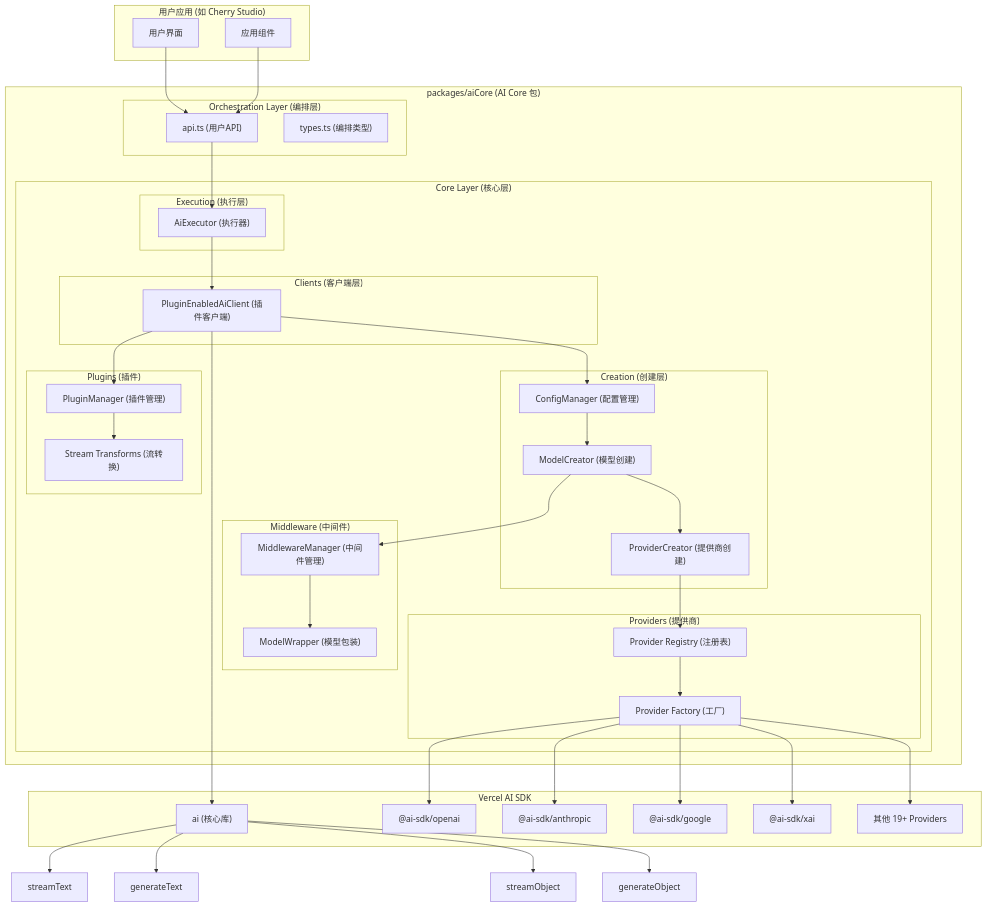
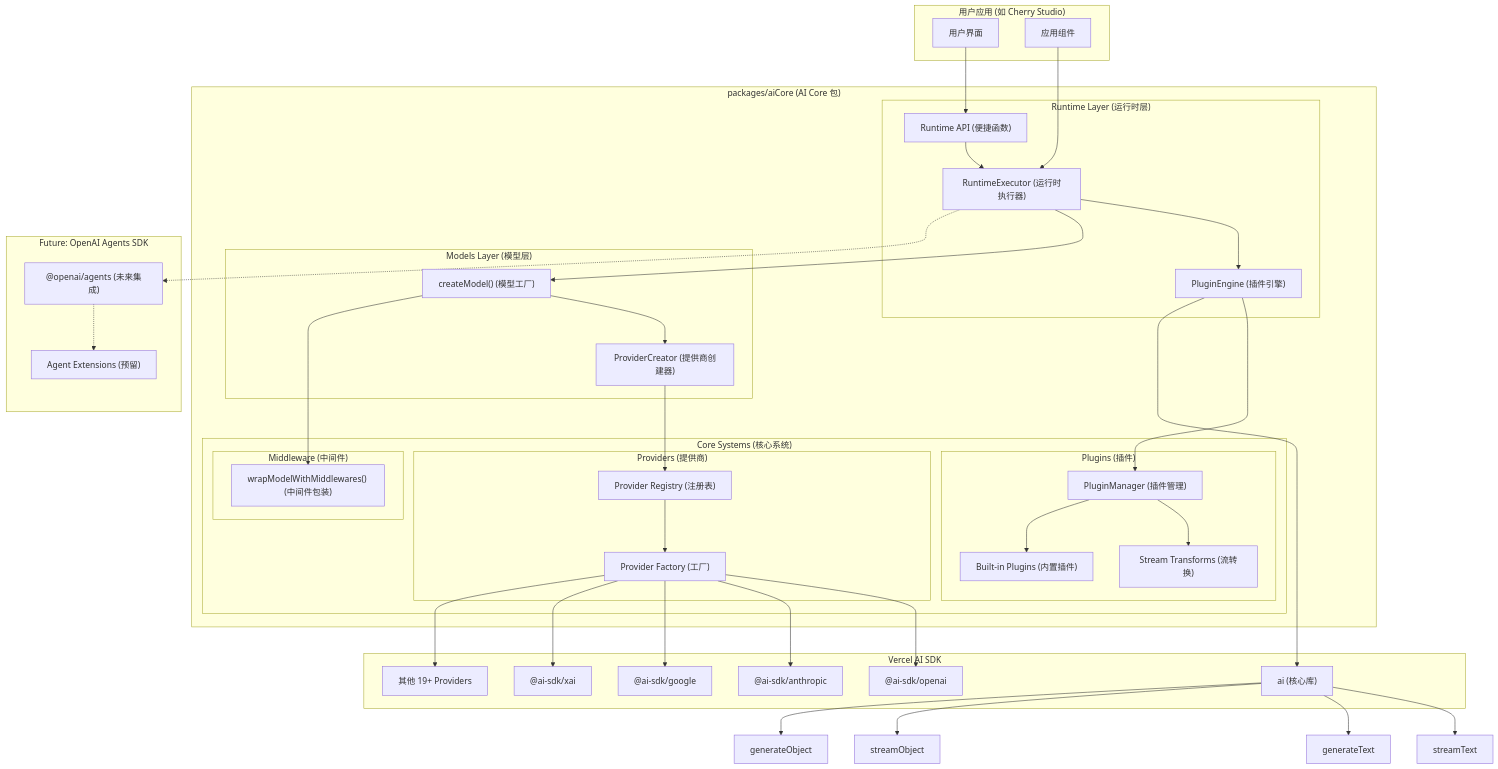
One commit to visiontrail/Raven changed the diagram in packages/aiCore/AI_SDK_ARCHITECTURE.md. Above: the diagram before and after it, drawn with Mermaid. The commit also changed other lines of this file and 30 other files, not shown here.

First line of the commit message:
refactor: simplify AI Core architecture and enhance runtime execution

````diff
--- a/packages/aiCore/AI_SDK_ARCHITECTURE.md
+++ b/packages/aiCore/AI_SDK_ARCHITECTURE.md
@@ -27,80 +29,80 @@
 ```mermaid
 graph TD
     subgraph "用户应用 (如 Cherry Studio)"
         UI["用户界面"]
         Components["应用组件"]
     end
 
     subgraph "packages/aiCore (AI Core 包)"
-        subgraph "Orchestration Layer (编排层)"
-            OrchAPI["api.ts (用户API)"]
-            OrchTypes["types.ts (编排类型)"]
+        subgraph "Runtime Layer (运行时层)"
+            RuntimeExecutor["RuntimeExecutor (运行时执行器)"]
+            PluginEngine["PluginEngine (插件引擎)"]
+            RuntimeAPI["Runtime API (便捷函数)"]
         end
 
-        subgraph "Core Layer (核心层)"
-            subgraph "Creation (创建层)"
-                ConfigManager["ConfigManager (配置管理)"]
-                ModelCreator["ModelCreator (模型创建)"]
-                ProviderCreator["ProviderCreator (提供商创建)"]
-            end
+        subgraph "Models Layer (模型层)"
+            ModelFactory["createModel() (模型工厂)"]
+            ProviderCreator["ProviderCreator (提供商创建器)"]
+        end
 
-            subgraph "Execution (执行层)"
-                AiExecutor["AiExecutor (执行器)"]
-            end
-
-            subgraph "Clients (客户端层)"
-                PluginClient["PluginEnabledAiClient (插件客户端)"]
+        subgraph "Core Systems (核心系统)"
+            subgraph "Plugins (插件)"
+                PluginManager["PluginManager (插件管理)"]
+                BuiltInPlugins["Built-in Plugins (内置插件)"]
+                StreamTransforms["Stream Transforms (流转换)"]
             end
 
             subgraph "Middleware (中间件)"
-                MiddlewareManager["MiddlewareManager (中间件管理)"]
-                ModelWrapper["ModelWrapper (模型包装)"]
-            end
-
-            subgraph "Plugins (插件)"
-                PluginManager["PluginManager (插件管理)"]
-                StreamTransforms["Stream Transforms (流转换)"]
+                MiddlewareWrapper["wrapModelWithMiddlewares() (中间件包装)"]
             end
 
             subgraph "Providers (提供商)"
                 Registry["Provider Registry (注册表)"]
                 Factory["Provider Factory (工厂)"]
             end
         end
     end
 
     subgraph "Vercel AI SDK"
         AICore["ai (核心库)"]
         OpenAI["@ai-sdk/openai"]
         Anthropic["@ai-sdk/anthropic"]
         Google["@ai-sdk/google"]
         XAI["@ai-sdk/xai"]
         Others["其他 19+ Providers"]
     end
 
-    UI --> OrchAPI
-    Components --> OrchAPI
-    OrchAPI --> AiExecutor
-    AiExecutor --> PluginClient
-    PluginClient --> PluginManager
-    PluginClient --> ConfigManager
-    ConfigManager --> ModelCreator
-    ModelCreator --> ProviderCreator
-    ModelCreator --> MiddlewareManager
-    MiddlewareManager --> ModelWrapper
+    subgraph "Future: OpenAI Agents SDK"
+        AgentSDK["@openai/agents (未来集成)"]
+        AgentExtensions["Agent Extensions (预留)"]
+    end
+
+    UI --> RuntimeAPI
+    Components --> RuntimeExecutor
+    RuntimeAPI --> RuntimeExecutor
+    RuntimeExecutor --> PluginEngine
+    RuntimeExecutor --> ModelFactory
+    PluginEngine --> PluginManager
+    ModelFactory --> ProviderCreator
+    ModelFactory --> MiddlewareWrapper
     ProviderCreator --> Registry
     Registry --> Factory
     Factory --> OpenAI
     Factory --> Anthropic
     Factory --> Google
     Factory --> XAI
     Factory --> Others
 
-    PluginClient --> AICore
+    PluginEngine --> AICore
     AICore --> streamText
     AICore --> generateText
     AICore --> streamObject
     AICore --> generateObject
 
     PluginManager --> StreamTransforms
+    PluginManager --> BuiltInPlugins
+
+    %% 未来集成路径
+    RuntimeExecutor -.-> AgentSDK
+    AgentSDK -.-> AgentExtensions
 ```
````
